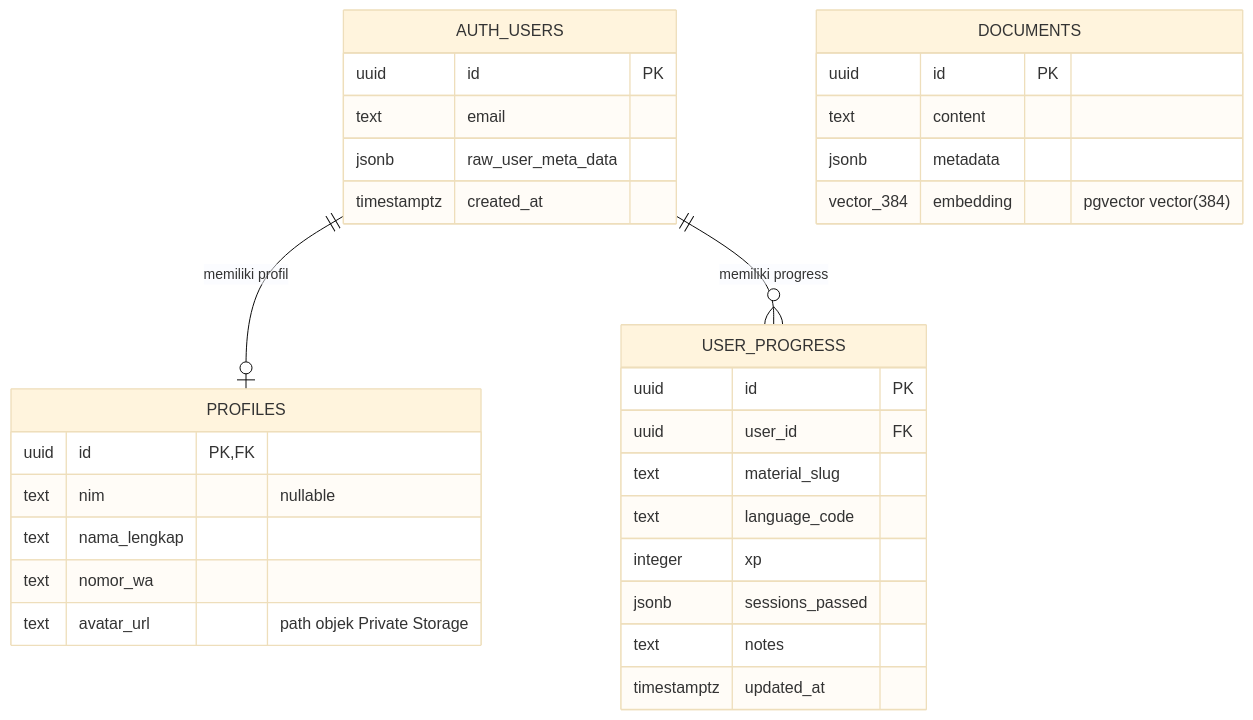
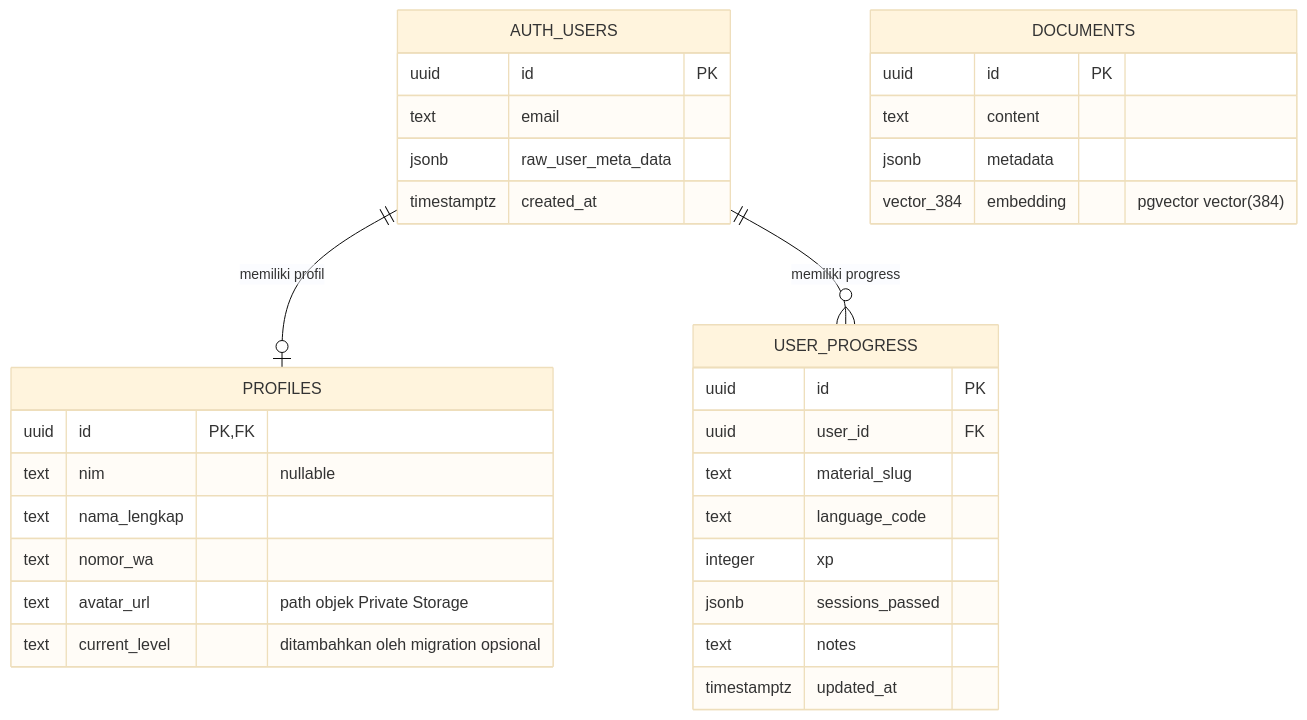
Before and after one commit to nandayudhistirawibowo/NdUniverse: the diagram in ERD.md, drawn with Mermaid (base theme). The commit also changed other lines of this file and 10 other files, not shown here.

````diff
--- a/ERD.md
+++ b/ERD.md
@@ -7,38 +7,39 @@
 ```mermaid
 erDiagram
     AUTH_USERS ||--o| PROFILES : "memiliki profil"
     AUTH_USERS ||--o{ USER_PROGRESS : "memiliki progress"
 
     AUTH_USERS {
         uuid id PK
         text email
         jsonb raw_user_meta_data
         timestamptz created_at
     }
 
     PROFILES {
         uuid id PK, FK
         text nim "nullable"
         text nama_lengkap
         text nomor_wa
         text avatar_url "path objek Private Storage"
+        text current_level "ditambahkan oleh migration opsional"
     }
 
     USER_PROGRESS {
         uuid id PK
         uuid user_id FK
         text material_slug
         text language_code
         integer xp
         jsonb sessions_passed
         text notes
         timestamptz updated_at
     }
 
     DOCUMENTS {
         uuid id PK
         text content
         jsonb metadata
         vector_384 embedding "pgvector vector(384)"
     }
 ```
````
